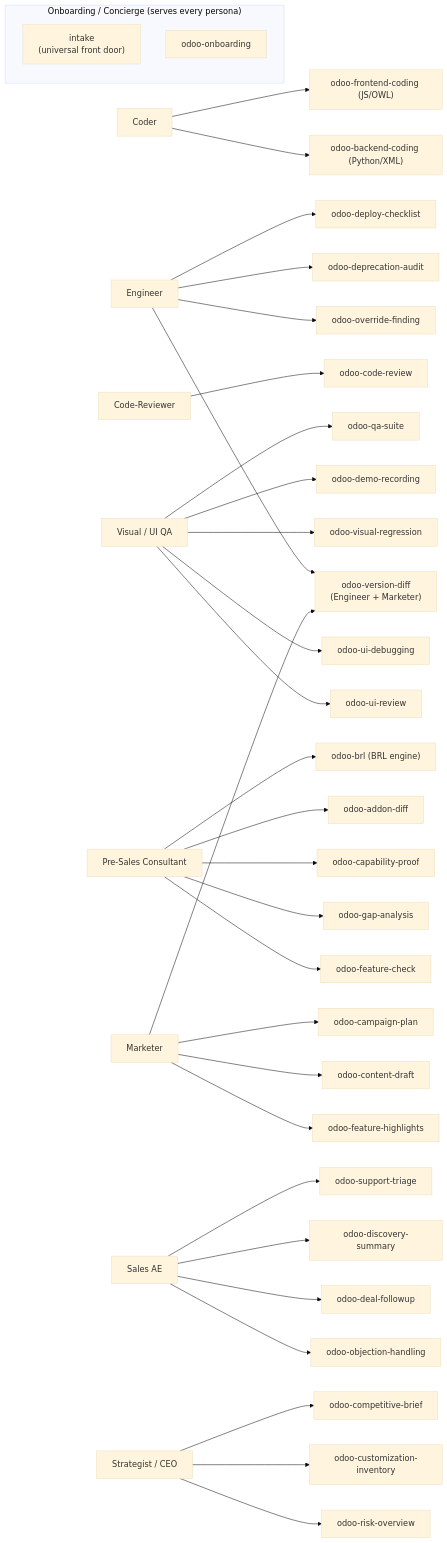
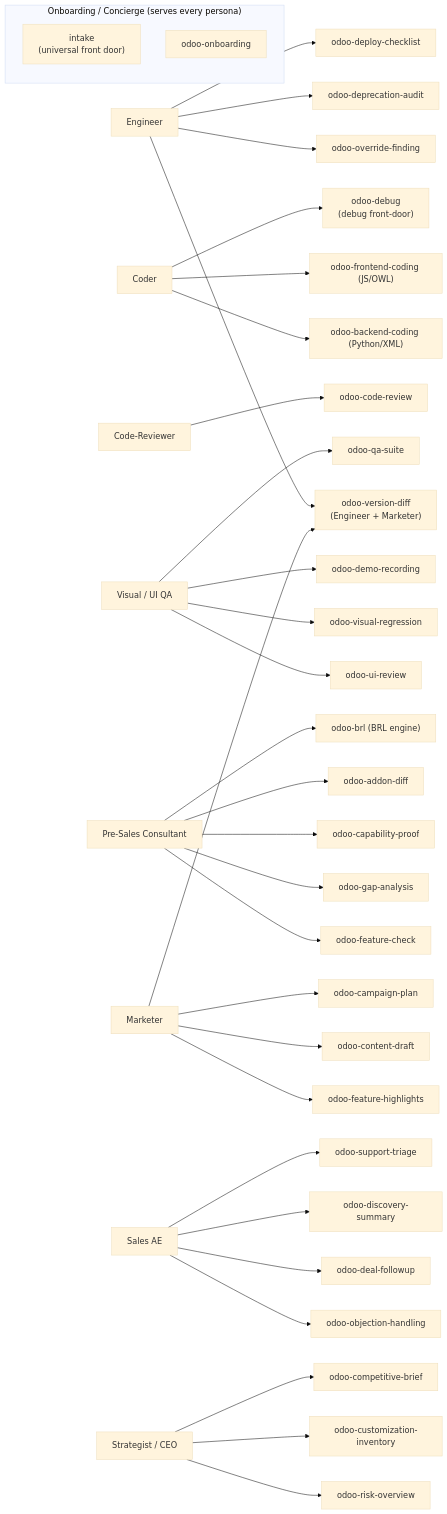
One commit to Viindoo/odoo-mcp-client changed the first of 4 diagrams in plugins/odoo-semantic-skills/README.md. Above: the diagram before and after it, drawn with Mermaid (base theme). The commit also changed other lines of this file and 39 other files, not shown here.

First line of the commit message:
feat(odoo-semantic-skills): odoo-debug front-door + specialist debug agents

````diff
--- a/plugins/odoo-semantic-skills/README.md
+++ b/plugins/odoo-semantic-skills/README.md
@@ -40,45 +40,45 @@
 ```mermaid
 flowchart LR
     subgraph concierge["Onboarding / Concierge (serves every persona)"]
         intake_skill["intake<br/>(universal front door)"]
         onboard["odoo-onboarding"]
     end
 
     eng["Engineer"] --> override["odoo-override-finding"]
     eng --> deprecation["odoo-deprecation-audit"]
     eng --> deploy["odoo-deploy-checklist"]
 
     coder["Coder"] --> coderpy["odoo-backend-coding (Python/XML)"]
     coder --> coderfe["odoo-frontend-coding (JS/OWL)"]
+    coder --> dbg["odoo-debug<br/>(debug front-door)"]
 
     rev["Code-Reviewer"] --> reviewer["odoo-code-review"]
 
     qa["Visual / UI QA"] --> uirev["odoo-ui-review"]
-    qa --> uidbg["odoo-ui-debugging"]
     qa --> visreg["odoo-visual-regression"]
     qa --> demo["odoo-demo-recording"]
     qa --> qasuite["odoo-qa-suite"]
 
     presales["Pre-Sales Consultant"] --> featchk["odoo-feature-check"]
     presales --> gap["odoo-gap-analysis"]
     presales --> cap["odoo-capability-proof"]
     presales --> addon["odoo-addon-diff"]
     presales --> brl["odoo-brl (BRL engine)"]
 
     sales["Sales AE"] --> obj["odoo-objection-handling"]
     sales --> followup["odoo-deal-followup"]
     sales --> disc["odoo-discovery-summary"]
     sales --> support["odoo-support-triage"]
 
     mkt["Marketer"] --> highlights["odoo-feature-highlights"]
     mkt --> content["odoo-content-draft"]
     mkt --> campaign["odoo-campaign-plan"]
 
     strat["Strategist / CEO"] --> risk["odoo-risk-overview"]
     strat --> inv["odoo-customization-inventory"]
     strat --> comp["odoo-competitive-brief"]
 
     vdiff["odoo-version-diff<br/>(Engineer + Marketer)"]
     eng --> vdiff
     mkt --> vdiff
 ```
````
